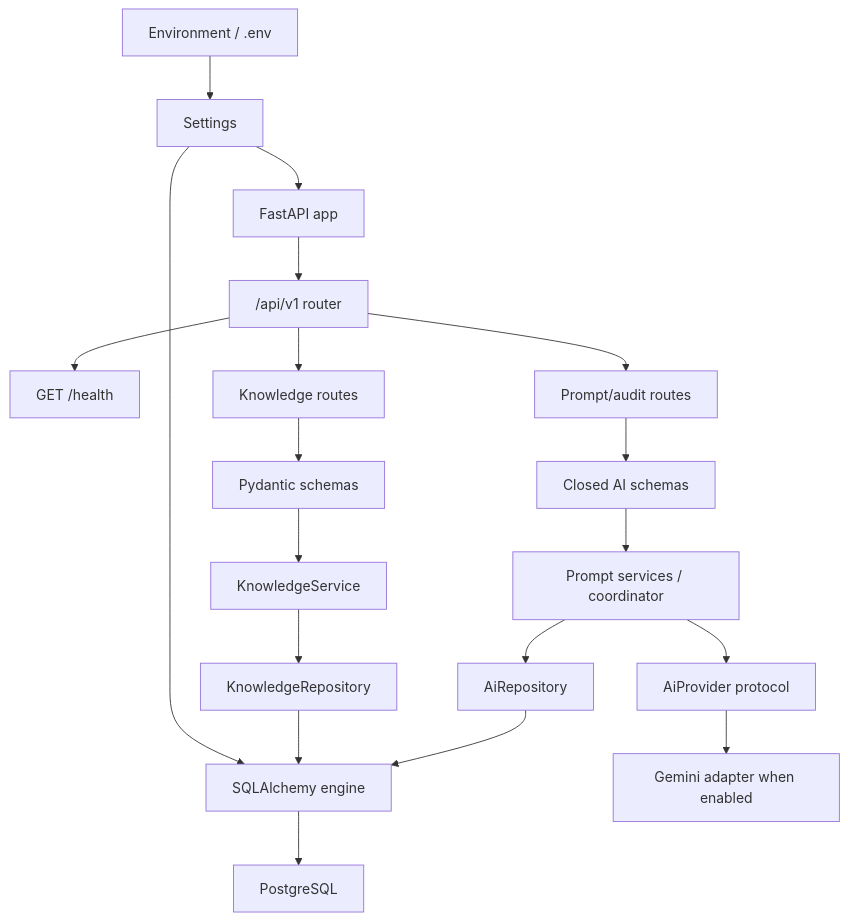
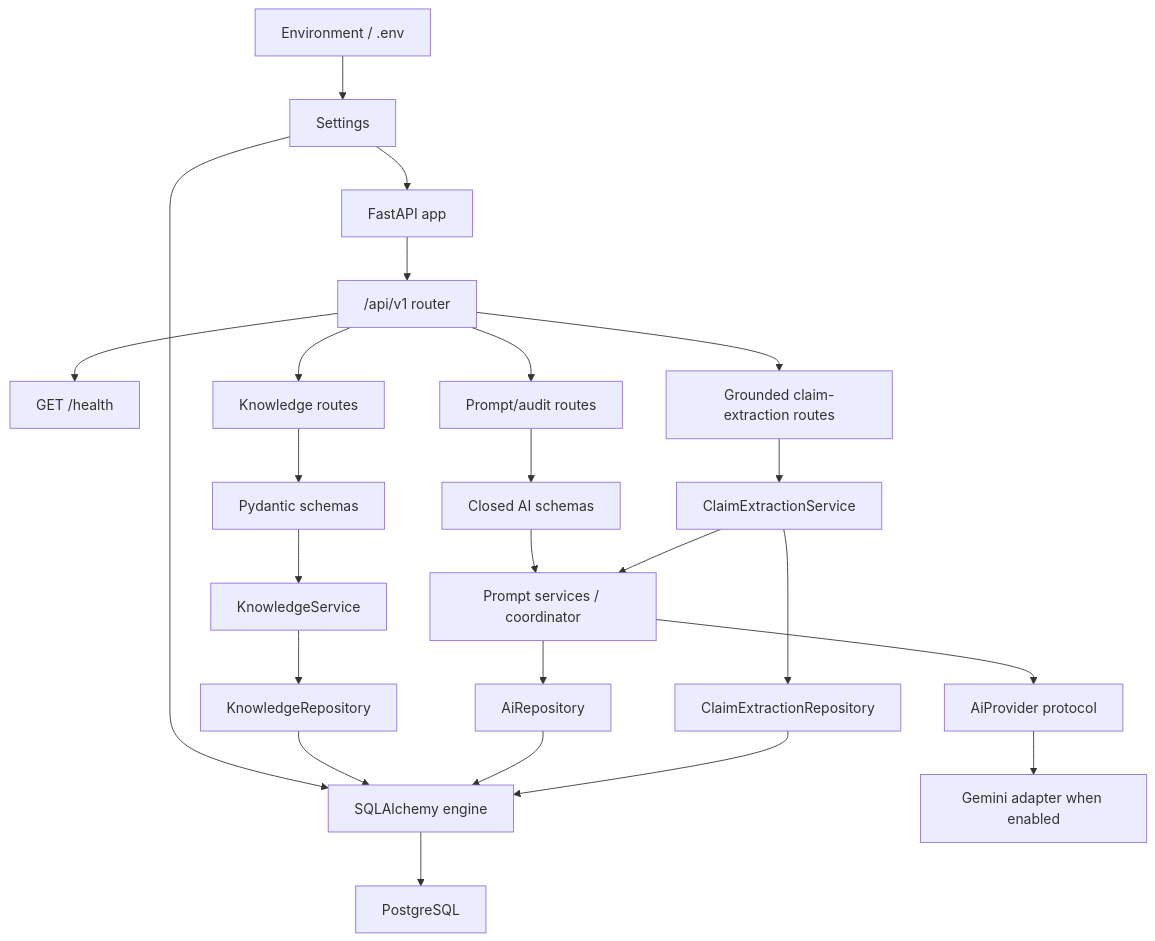
One commit to Dyuti60/assam-exam-ai changed the second of 4 diagrams in docs/architecture.md. Above: the diagram before and after it, drawn with Mermaid. The commit also changed other lines of this file and 23 other files, not shown here.

Commit message:
feat: add grounded claim extraction agent

````diff
--- a/docs/architecture.md
+++ b/docs/architecture.md
@@ -57,21 +57,26 @@
 ```mermaid
 flowchart TD
     ENV["Environment / .env"] --> SETTINGS["Settings"]
     SETTINGS --> APP["FastAPI app"]
     SETTINGS --> ENGINE["SQLAlchemy engine"]
     APP --> ROUTER["/api/v1 router"]
     ROUTER --> HEALTH["GET /health"]
     ROUTER --> KNOWLEDGE["Knowledge routes"]
     ROUTER --> AIAPI["Prompt/audit routes"]
     KNOWLEDGE --> SCHEMAS["Pydantic schemas"]
     SCHEMAS --> SERVICE["KnowledgeService"]
     SERVICE --> REPOSITORY["KnowledgeRepository"]
     REPOSITORY --> ENGINE
     AIAPI --> AISCHEMAS["Closed AI schemas"]
+    ROUTER --> CLAIMAPI["Grounded claim-extraction routes"]
     AISCHEMAS --> AICOORDINATOR["Prompt services / coordinator"]
     AICOORDINATOR --> AIREPOSITORY["AiRepository"]
     AICOORDINATOR --> PROVIDER["AiProvider protocol"]
     PROVIDER --> GEMINI["Gemini adapter when enabled"]
     AIREPOSITORY --> ENGINE
+    CLAIMAPI --> CLAIMSERVICE["ClaimExtractionService"]
+    CLAIMSERVICE --> AICOORDINATOR
+    CLAIMSERVICE --> CLAIMREPOSITORY["ClaimExtractionRepository"]
+    CLAIMREPOSITORY --> ENGINE
     ENGINE --> PG["PostgreSQL"]
 ```
````
